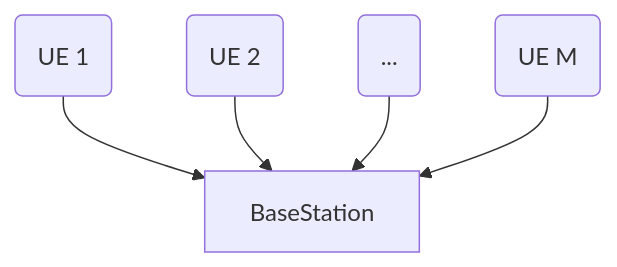
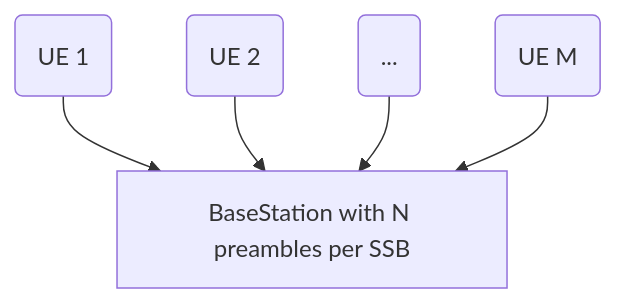
The first of 2 diagrams in docs/20250227 Thesis (Basic Collision Model).md (bmw-ece-ntust/wilfrid-prach-attack-analysis), drawn with Mermaid before and after one commit.

Commit message:
Update 20250227 Thesis (Basic Collision Model).md

````diff
--- a/docs/20250227 Thesis (Basic Collision Model).md
+++ b/docs/20250227 Thesis (Basic Collision Model).md
@@ -45,12 +45,12 @@
 ```mermaid
 flowchart TD
-    A[BaseStation]
+    A[BaseStation with N preambles per SSB]
     B(UE 1)
     C(UE 2)
     D(...)
 	E(UE M)
     B-->A
     C-->A
     D-->A
 	E-->A
 ```
````
